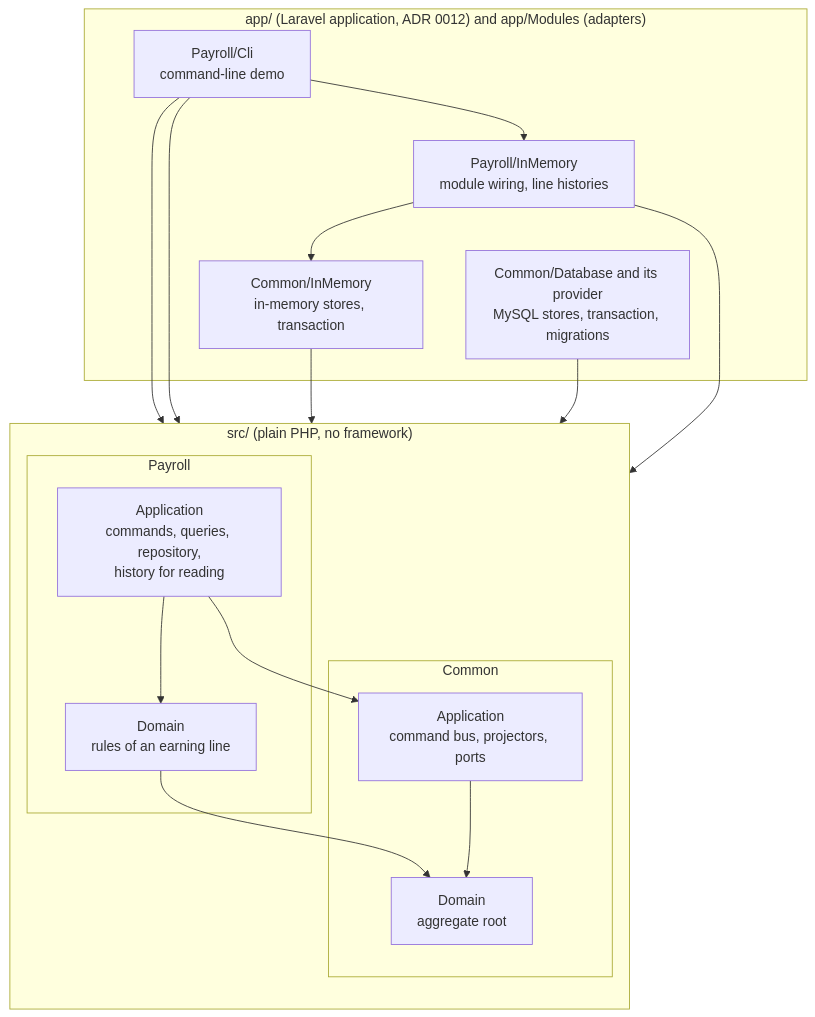
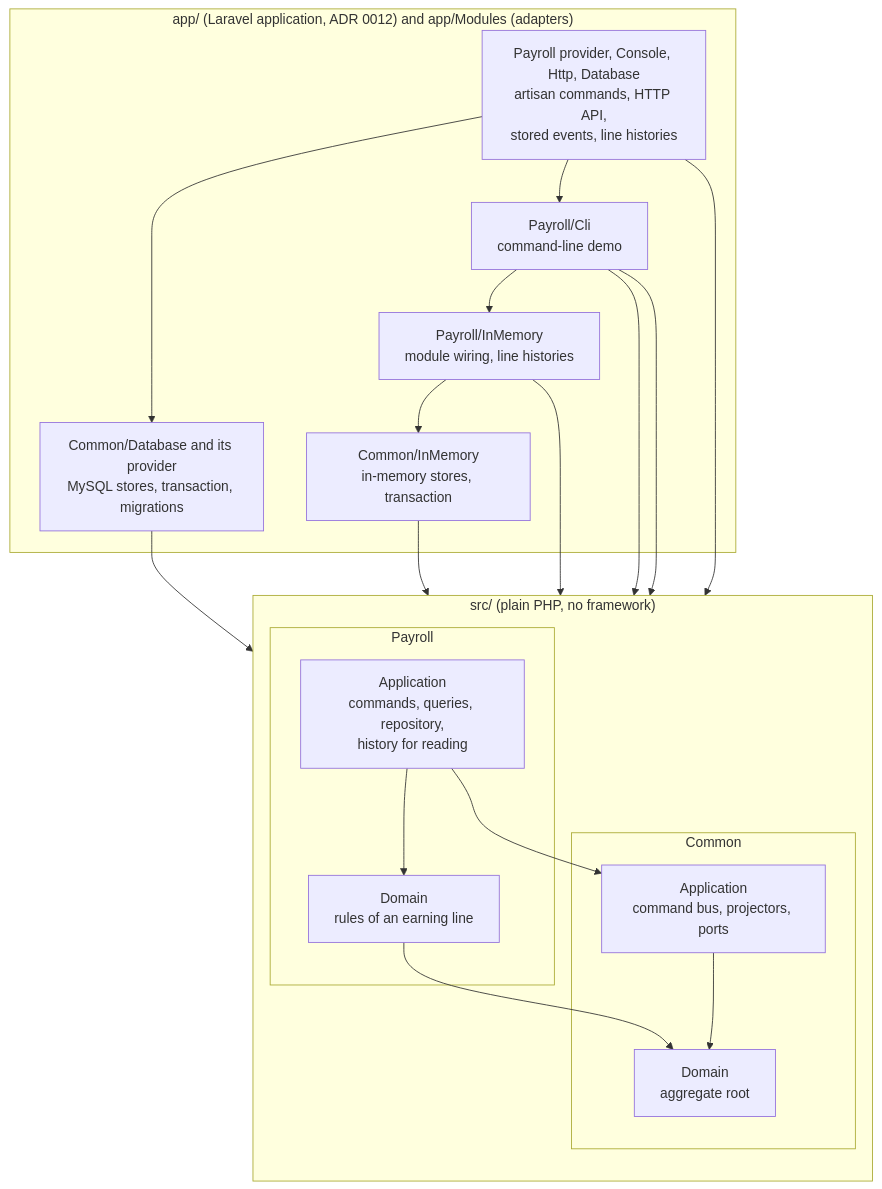
One commit to ddmytruk/line changed the diagram in docs/architecture.md. Above: the diagram before and after it, drawn with Mermaid. The commit also changed other lines of this file and 39 other files, not shown here.

First line of the commit message:
feat(payroll): Payroll on MySQL with artisan commands and an HTTP API

````diff
--- a/docs/architecture.md
+++ b/docs/architecture.md
@@ -7,31 +7,35 @@
 ```mermaid
 flowchart TB
     subgraph src["src/ (plain PHP, no framework)"]
         direction TB
         subgraph payroll["Payroll"]
             pa["Application<br/>commands, queries, repository,<br/>history for reading"]
             pd["Domain<br/>rules of an earning line"]
         end
         subgraph common["Common"]
             ca["Application<br/>command bus, projectors, ports"]
             cd["Domain<br/>aggregate root"]
         end
     end
     subgraph app["app/ (Laravel application, ADR 0012) and app/Modules (adapters)"]
         cli["Payroll/Cli<br/>command-line demo"]
         pmod["Payroll/InMemory<br/>module wiring, line histories"]
+        plar["Payroll provider, Console, Http, Database<br/>artisan commands, HTTP API,<br/>stored events, line histories"]
         mem["Common/InMemory<br/>in-memory stores, transaction"]
         db["Common/Database and its provider<br/>MySQL stores, transaction, migrations"]
     end
     cli --> pmod
     cli --> pa
     cli --> pd
     mem --> ca
     db --> ca
     pmod --> pa
     pmod --> mem
+    plar --> pa
+    plar --> db
+    plar --> cli
     pa --> pd
     pa --> ca
     pd --> cd
     ca --> cd
 ```
````
